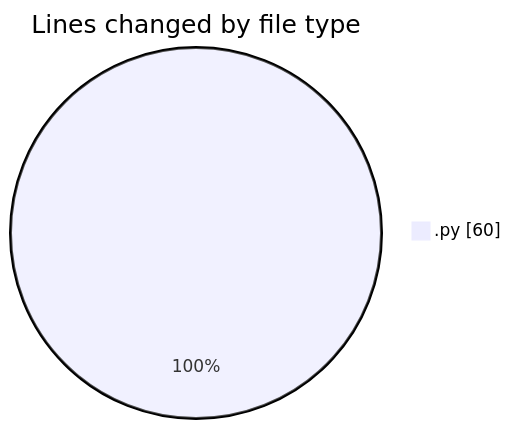
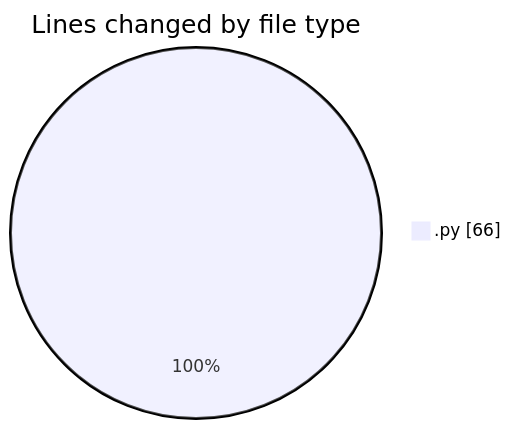
One commit to FelipKnott/code-tracking changed the first of 2 diagrams in 2025-07-14/habilita/README.md. Above: the diagram before and after it, drawn with Mermaid. The commit also changed other lines of this file and 1 other file, not shown here.

````diff
--- a/2025-07-14/habilita/README.md
+++ b/2025-07-14/habilita/README.md
@@ -21,5 +21,5 @@
 ```mermaid
 pie showData
 title Lines changed by file type
-".py" : 60
+".py" : 66
 ```
````
